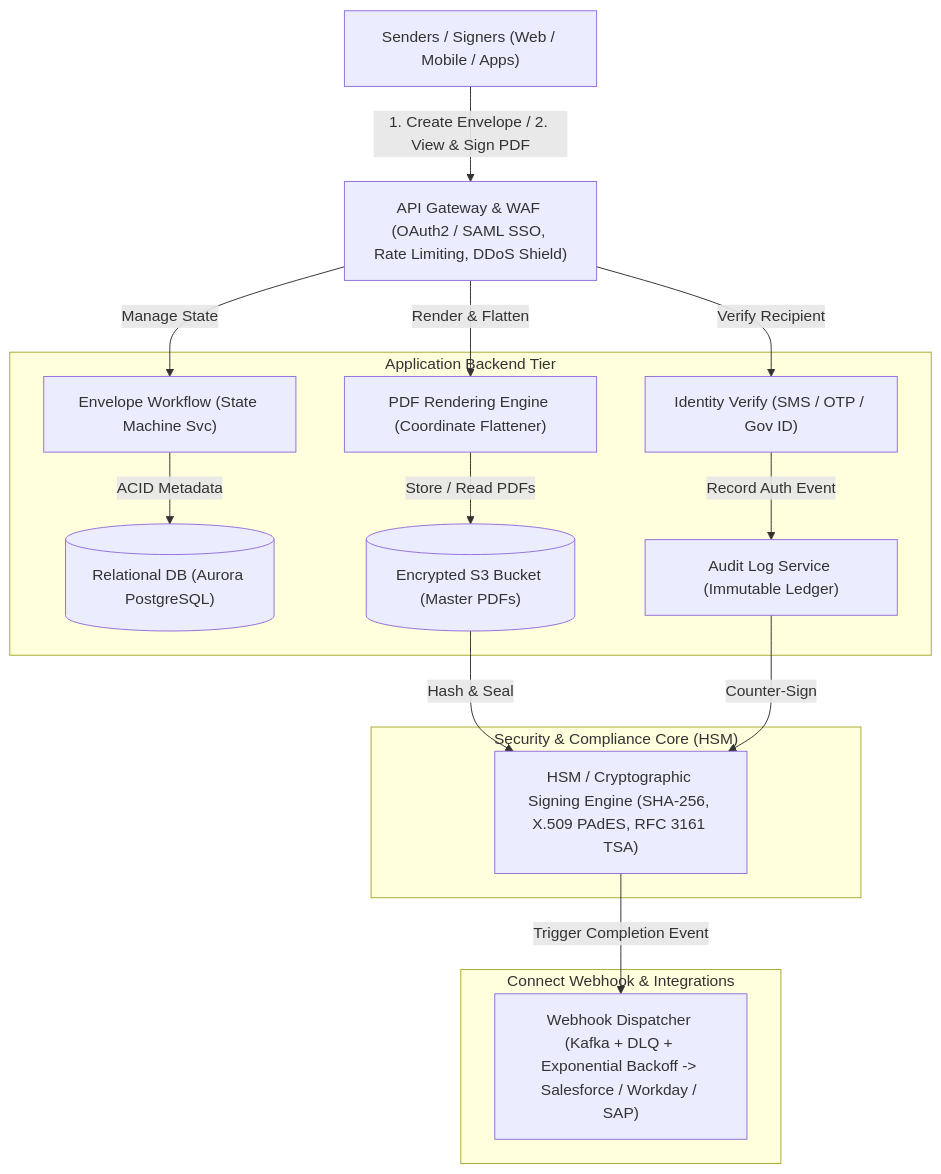
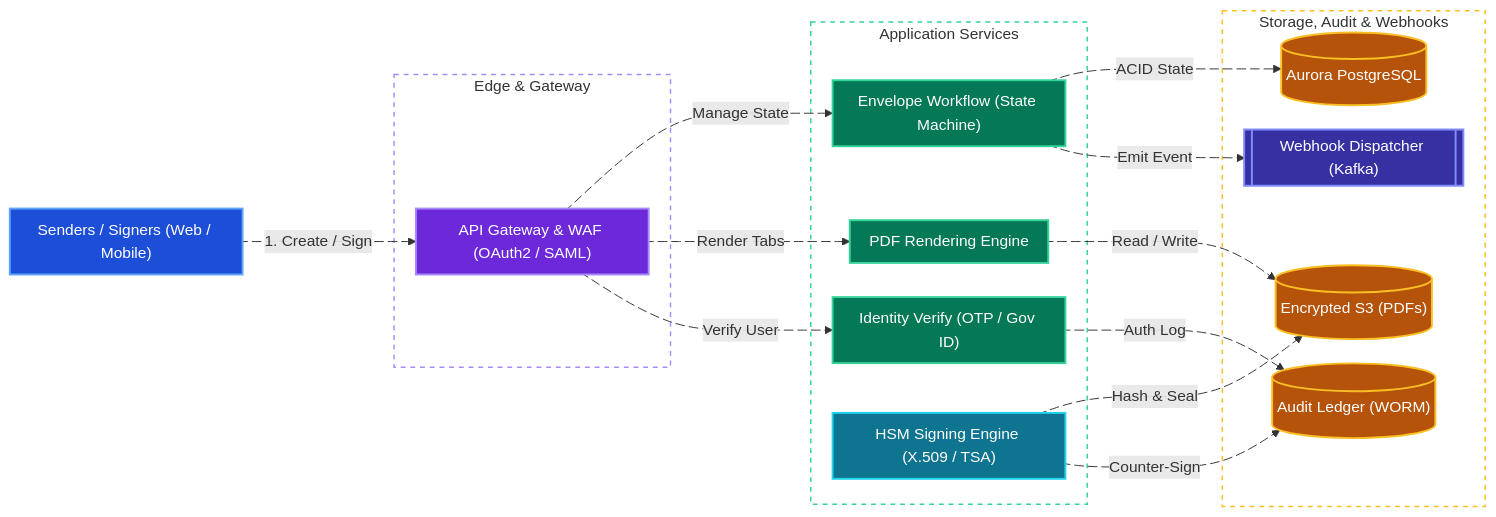
One commit to tarunbatta/tech-interview-prep changed the first of 4 diagrams in system-design/docusign.md. Above: the diagram before and after it, drawn with Mermaid. The commit also changed other lines of this file and 30 other files, not shown here.

First line of the commit message:
docs(system-design): convert Mermaid flowcharts to LR with colors and animated edges

````diff
--- a/system-design/docusign.md
+++ b/system-design/docusign.md
@@ -68,29 +68,59 @@
 ```mermaid
-flowchart TD
-    Clients["Senders / Signers (Web / Mobile / Apps)"]
-    GW["API Gateway & WAF (OAuth2 / SAML SSO, Rate Limiting, DDoS Shield)"]
-    subgraph AppBackend["Application Backend Tier"]
-        EnvWorkflow["Envelope Workflow (State Machine Svc)"]
-        PDFEngine["PDF Rendering Engine (Coordinate Flattener)"]
-        IDVerify["Identity Verify (SMS / OTP / Gov ID)"]
-        Aurora[("Relational DB (Aurora PostgreSQL)")]
-        S3Master[("Encrypted S3 Bucket (Master PDFs)")]
-        AuditSvc["Audit Log Service (Immutable Ledger)"]
+%%{init: {'flowchart': {'nodeSpacing': 25, 'rankSpacing': 45, 'padding': 10}}}%%
+flowchart LR
+    Clients["Senders / Signers (Web / Mobile)"]
+    subgraph EdgeTier["Edge & Gateway"]
+        GW["API Gateway & WAF (OAuth2 / SAML)"]
     end
-    subgraph SecurityCore["Security & Compliance Core (HSM)"]
-        HSM["HSM / Cryptographic Signing Engine (SHA-256, X.509 PAdES, RFC 3161 TSA)"]
+    subgraph AppBackend["Application Services"]
+        EnvWorkflow["Envelope Workflow (State Machine)"]
+        PDFEngine["PDF Rendering Engine"]
+        IDVerify["Identity Verify (OTP / Gov ID)"]
+        HSM["HSM Signing Engine (X.509 / TSA)"]
     end
-    subgraph ConnectWebhooks["Connect Webhook & Integrations"]
-        Webhook["Webhook Dispatcher (Kafka + DLQ + Exponential Backoff -> Salesforce / Workday / SAP)"]
+    subgraph DataLayer["Storage, Audit & Webhooks"]
+        Aurora[("Aurora PostgreSQL")]
+        S3Master[("Encrypted S3 (PDFs)")]
+        AuditSvc[("Audit Ledger (WORM)")]
+        Webhook[["Webhook Dispatcher (Kafka)"]]
     end
-    Clients -->|"1. Create Envelope / 2. View & Sign PDF"| GW
-    GW -->|"Manage State"| EnvWorkflow
-    GW -->|"Render & Flatten"| PDFEngine
-    GW -->|"Verify Recipient"| IDVerify
-    EnvWorkflow -->|"ACID Metadata"| Aurora
-    PDFEngine -->|"Store / Read PDFs"| S3Master
-    IDVerify -->|"Record Auth Event"| AuditSvc
-    S3Master -->|"Hash & Seal"| HSM
-    AuditSvc -->|"Counter-Sign"| HSM
-    HSM -->|"Trigger Completion Event"| Webhook
+    Clients e1@-->|"1. Create / Sign"| GW
+    GW e2@-->|"Manage State"| EnvWorkflow
+    GW e3@-->|"Render Tabs"| PDFEngine
+    GW e4@-->|"Verify User"| IDVerify
+    EnvWorkflow e5@-->|"ACID State"| Aurora
+    EnvWorkflow e6@-->|"Emit Event"| Webhook
+    PDFEngine e7@-->|"Read / Write"| S3Master
+    IDVerify e8@-->|"Auth Log"| AuditSvc
+    HSM e9@-->|"Hash & Seal"| S3Master
+    HSM e10@-->|"Counter-Sign"| AuditSvc
+
+    e1@{ animate: true }
+    e2@{ animate: true }
+    e3@{ animate: true }
+    e4@{ animate: true }
+    e5@{ animate: true }
+    e6@{ animate: true }
+    e7@{ animate: true }
+    e8@{ animate: true }
+    e9@{ animate: true }
+    e10@{ animate: true }
+
+    classDef client fill:#1d4ed8,stroke:#60a5fa,stroke-width:2px,color:#ffffff
+    classDef edge fill:#6d28d9,stroke:#a78bfa,stroke-width:2px,color:#ffffff
+    classDef service fill:#047857,stroke:#34d399,stroke-width:2px,color:#ffffff
+    classDef worker fill:#0e7490,stroke:#22d3ee,stroke-width:2px,color:#ffffff
+    classDef storage fill:#b45309,stroke:#fbbf24,stroke-width:2px,color:#ffffff
+    classDef queue fill:#3730a3,stroke:#818cf8,stroke-width:2px,color:#ffffff
+
+    class Clients client
+    class GW edge
+    class EnvWorkflow,PDFEngine,IDVerify service
+    class HSM worker
+    class Aurora,S3Master,AuditSvc storage
+    class Webhook queue
+
+    style EdgeTier fill:transparent,stroke:#a78bfa,stroke-width:1.5px,stroke-dasharray: 5 5
+    style AppBackend fill:transparent,stroke:#34d399,stroke-width:1.5px,stroke-dasharray: 5 5
+    style DataLayer fill:transparent,stroke:#fbbf24,stroke-width:1.5px,stroke-dasharray: 5 5
 ```
````
